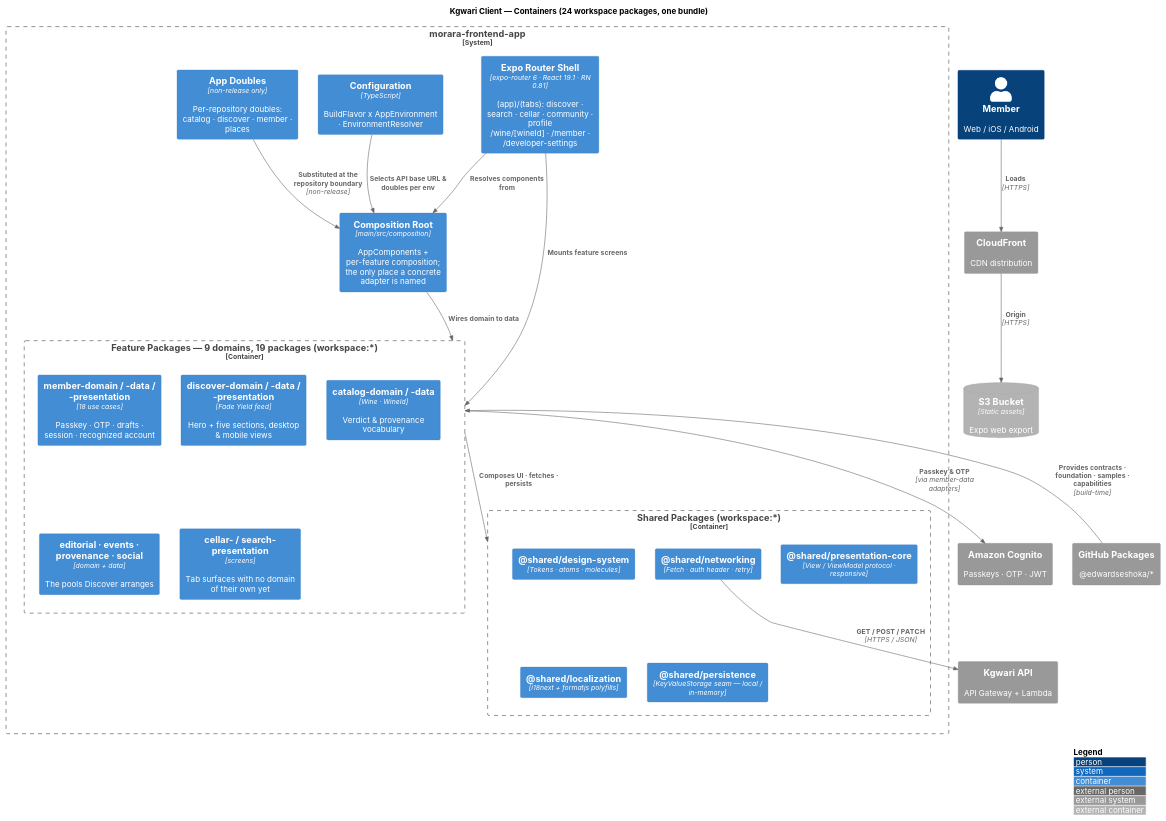
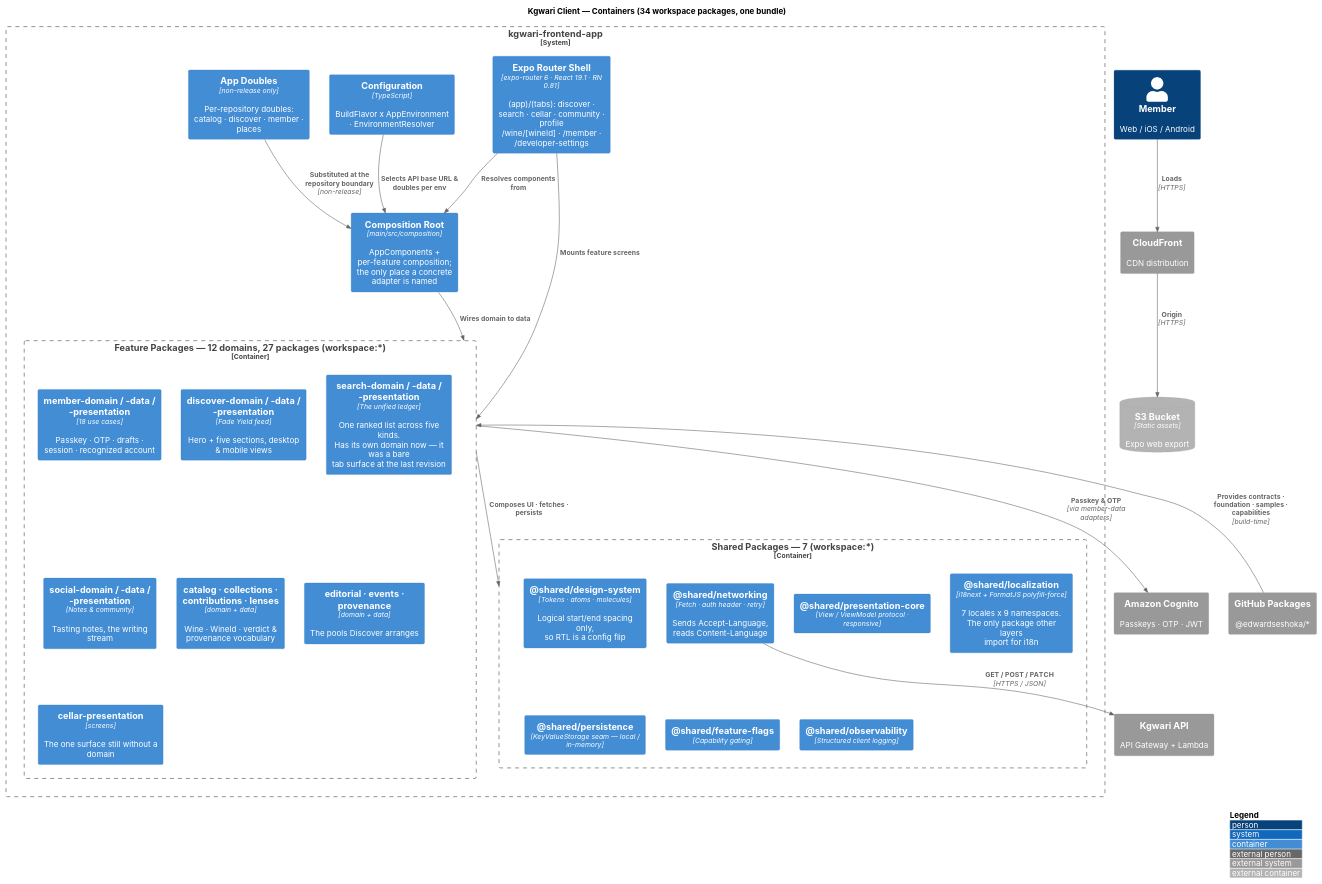
The diagram in site-src/diagrams/fe-container.puml (EdwardSeshoka/kgwari-portfolio), drawn with PlantUML before and after one commit. The commit also changed 57 other files, not shown here.

```diff
--- a/site-src/diagrams/fe-container.puml
+++ b/site-src/diagrams/fe-container.puml
@@ -1,57 +1,61 @@
 @startuml
 !include https://raw.githubusercontent.com/plantuml-stdlib/C4-PlantUML/master/C4_Container.puml
 
 LAYOUT_WITH_LEGEND()
 HIDE_STEREOTYPE()
 skinparam backgroundColor #FFFFFF
 skinparam defaultFontName "Inter"
 skinparam shadowing false
 
-title Kgwari Client — Containers (24 workspace packages, one bundle)
+title Kgwari Client — Containers (34 workspace packages, one bundle)
 
 Person(member, "Member", "Web / iOS / Android")
 
-System_Boundary(fe, "morara-frontend-app") {
+System_Boundary(fe, "kgwari-frontend-app") {
   Container(shell, "Expo Router Shell", "expo-router 6 · React 19.1 · RN 0.81", "(app)/(tabs): discover · search · cellar · community · profile\n/wine/[wineId] · /member · /developer-settings")
 
   Container(composition, "Composition Root", "main/src/composition", "AppComponents + per-feature composition;\nthe only place a concrete adapter is named")
 
-  Container_Boundary(features, "Feature Packages — 9 domains, 19 packages (workspace:*)") {
+  Container_Boundary(features, "Feature Packages — 12 domains, 27 packages (workspace:*)") {
     Container(memberF, "member-domain / -data / -presentation", "18 use cases", "Passkey · OTP · drafts · session · recognized account")
     Container(discoverF, "discover-domain / -data / -presentation", "Fade Yield feed", "Hero + five sections, desktop & mobile views")
-    Container(catalogF, "catalog-domain / -data", "Wine · WineId", "Verdict & provenance vocabulary")
-    Container(contentF, "editorial · events · provenance · social", "domain + data", "The pools Discover arranges")
-    Container(surfaceF, "cellar- / search- presentation", "screens", "Tab surfaces with no domain of their own yet")
+    Container(searchF, "search-domain / -data / -presentation", "The unified ledger", "One ranked list across five kinds.\nHas its own domain now — it was a bare\ntab surface at the last revision")
+    Container(socialF, "social-domain / -data / -presentation", "Notes & community", "Tasting notes, the writing stream")
+    Container(catalogF, "catalog · collections · contributions · lenses", "domain + data", "Wine · WineId · verdict & provenance vocabulary")
+    Container(contentF, "editorial · events · provenance", "domain + data", "The pools Discover arranges")
+    Container(cellarF, "cellar-presentation", "screens", "The one surface still without a domain")
   }
 
-  Container_Boundary(sharedPkgs, "Shared Packages (workspace:*)") {
-    Container(ds, "@shared/design-system", "Tokens · atoms · molecules")
+  Container_Boundary(sharedPkgs, "Shared Packages — 7 (workspace:*)") {
+    Container(ds, "@shared/design-system", "Tokens · atoms · molecules", "Logical start/end spacing only,\nso RTL is a config flip")
     Container(pcore, "@shared/presentation-core", "View / ViewModel protocol · responsive")
-    Container(loc, "@shared/localization", "i18next + formatjs polyfills")
-    Container(net, "@shared/networking", "Fetch · auth header · retry")
+    Container(loc, "@shared/localization", "i18next + FormatJS polyfill-force", "7 locales x 9 namespaces.\nThe only package other layers\nimport for i18n")
+    Container(net, "@shared/networking", "Fetch · auth header · retry", "Sends Accept-Language, reads Content-Language")
     Container(persist, "@shared/persistence", "KeyValueStorage seam — local / in-memory")
+    Container(flags, "@shared/feature-flags", "Capability gating")
+    Container(obs, "@shared/observability", "Structured client logging")
   }
 
   Container(config, "Configuration", "TypeScript", "BuildFlavor x AppEnvironment · EnvironmentResolver")
   Container(doubles, "App Doubles", "non-release only", "Per-repository doubles: catalog · discover · member · places")
 }
 
 System_Ext(backend, "Kgwari API", "API Gateway + Lambda")
 System_Ext(cognito, "Amazon Cognito", "Passkeys · OTP · JWT")
 ContainerDb_Ext(s3, "S3 Bucket", "Static assets", "Expo web export")
 System_Ext(cf, "CloudFront", "CDN distribution")
 System_Ext(ghpkg, "GitHub Packages", "@edwardseshoka/*")
 
 Rel(member, cf, "Loads", "HTTPS")
 Rel(cf, s3, "Origin", "HTTPS")
 Rel(shell, composition, "Resolves components from")
 Rel(composition, features, "Wires domain to data")
 Rel(shell, features, "Mounts feature screens")
 Rel(features, sharedPkgs, "Composes UI · fetches · persists")
 Rel(net, backend, "GET / POST / PATCH", "HTTPS / JSON")
 Rel(features, cognito, "Passkey & OTP", "via member-data adapters")
 Rel(config, composition, "Selects API base URL & doubles per env")
 Rel(doubles, composition, "Substituted at the repository boundary", "non-release")
 Rel_U(ghpkg, features, "Provides contracts · foundation · samples · capabilities", "build-time")
 
 @enduml
```
